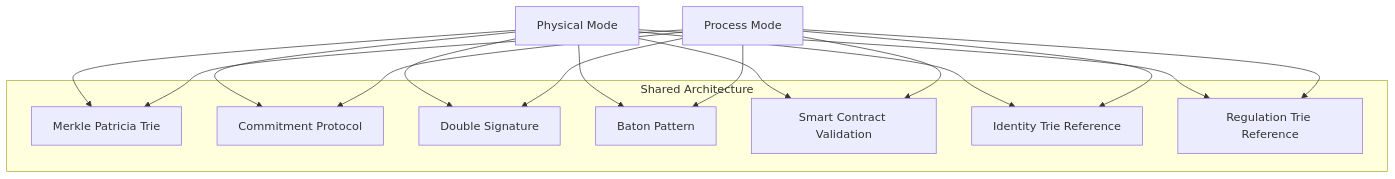
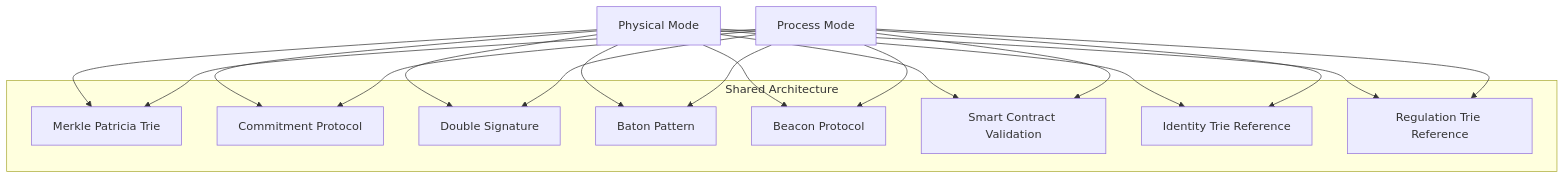
One commit to lambdasistemi/cardano-for-regulators changed diagram 18 of 20 in docs/framework/schema.md. Above: the diagram before and after it, drawn with Mermaid. The commit also changed other lines of this file, not shown here.

Commit message:
align schema with thesis: beacon protocol, operator standing, temporal integrity, data availability

````diff
--- a/docs/framework/schema.md
+++ b/docs/framework/schema.md
@@ -633,27 +727,30 @@
 ```mermaid
 graph TD
     subgraph Shared Architecture
         MPT[Merkle Patricia Trie]
         COMMIT[Commitment Protocol]
         DSIG[Double Signature]
         BATON[Baton Pattern]
+        BEACON[Beacon Protocol]
         SC[Smart Contract Validation]
         IDPC[Identity Trie Reference]
         REGC[Regulation Trie Reference]
     end
 
     PHYS[Physical Mode] --> MPT
     PROC[Process Mode] --> MPT
     PHYS --> COMMIT
     PROC --> COMMIT
     PHYS --> DSIG
     PROC --> DSIG
     PHYS --> BATON
     PROC --> BATON
+    PHYS --> BEACON
+    PROC --> BEACON
     PHYS --> SC
     PROC --> SC
     PHYS --> IDPC
     PROC --> IDPC
     PHYS --> REGC
     PROC --> REGC
 ```
````
